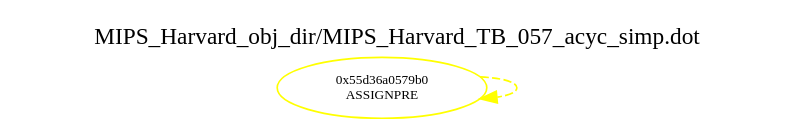
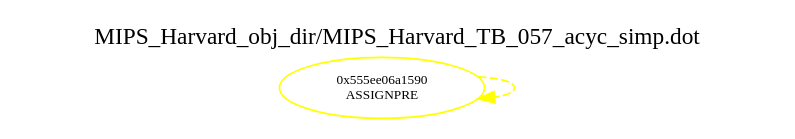
Before and after one commit to jjlehner/MIPS_CPU_Project: the diagram in unofficial/preliminary_testing/MIPS_Harvard_obj_dir/MIPS_Harvard_TB_057_acyc_simp.dot, drawn with Graphviz. The commit also changed 57 other files, not shown here.

```diff
--- a/unofficial/preliminary_testing/MIPS_Harvard_obj_dir/MIPS_Harvard_TB_057_acyc_simp.dot
+++ b/unofficial/preliminary_testing/MIPS_Harvard_obj_dir/MIPS_Harvard_TB_057_acyc_simp.dot
@@ -1,8 +1,8 @@
 digraph v3graph {
 	graph	[label="MIPS_Harvard_obj_dir/MIPS_Harvard_TB_057_acyc_simp.dot",
 		 labelloc=t, labeljust=l,
 		 //size="7.5,10",
 		 rankdir=TB];
-	n0	[fontsize=8 label="0x55d36a0579b0\n ASSIGNPRE", color=yellow];
+	n0	[fontsize=8 label="0x555ee06a1590\n ASSIGNPRE", color=yellow];
 	n0 -> n0 [fontsize=8 label="" weight=3 color=yellow style=dashed];
 }
```
